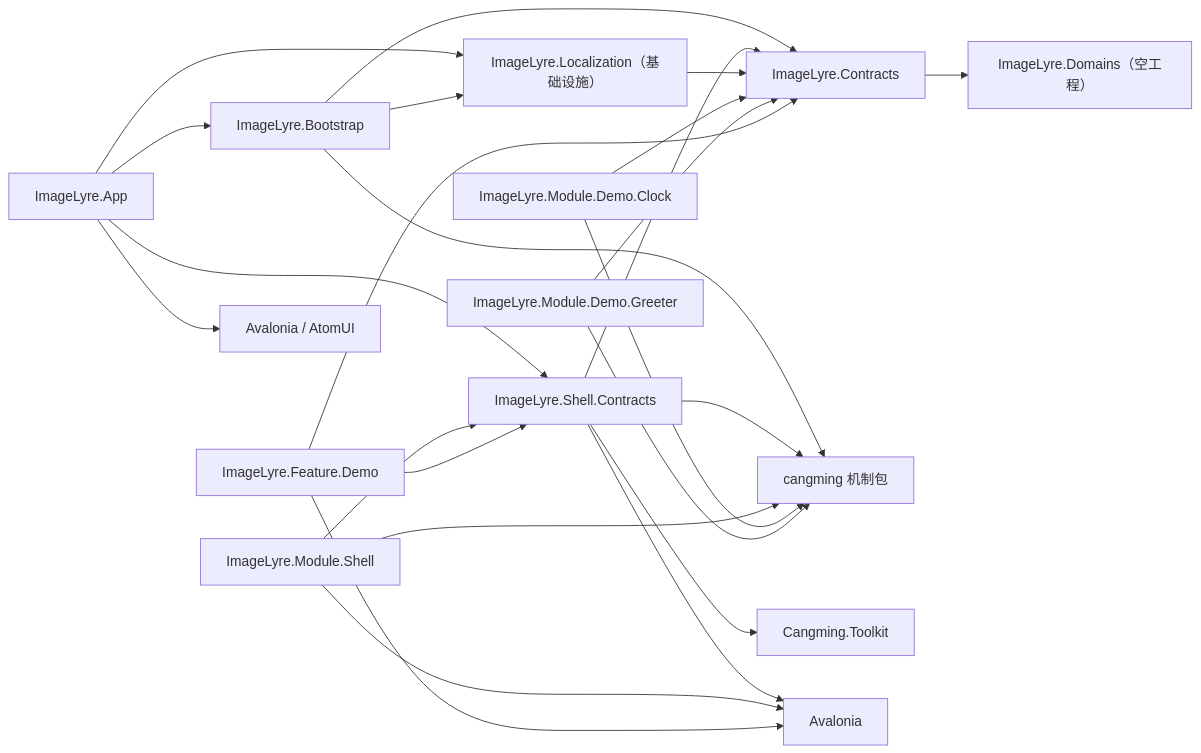
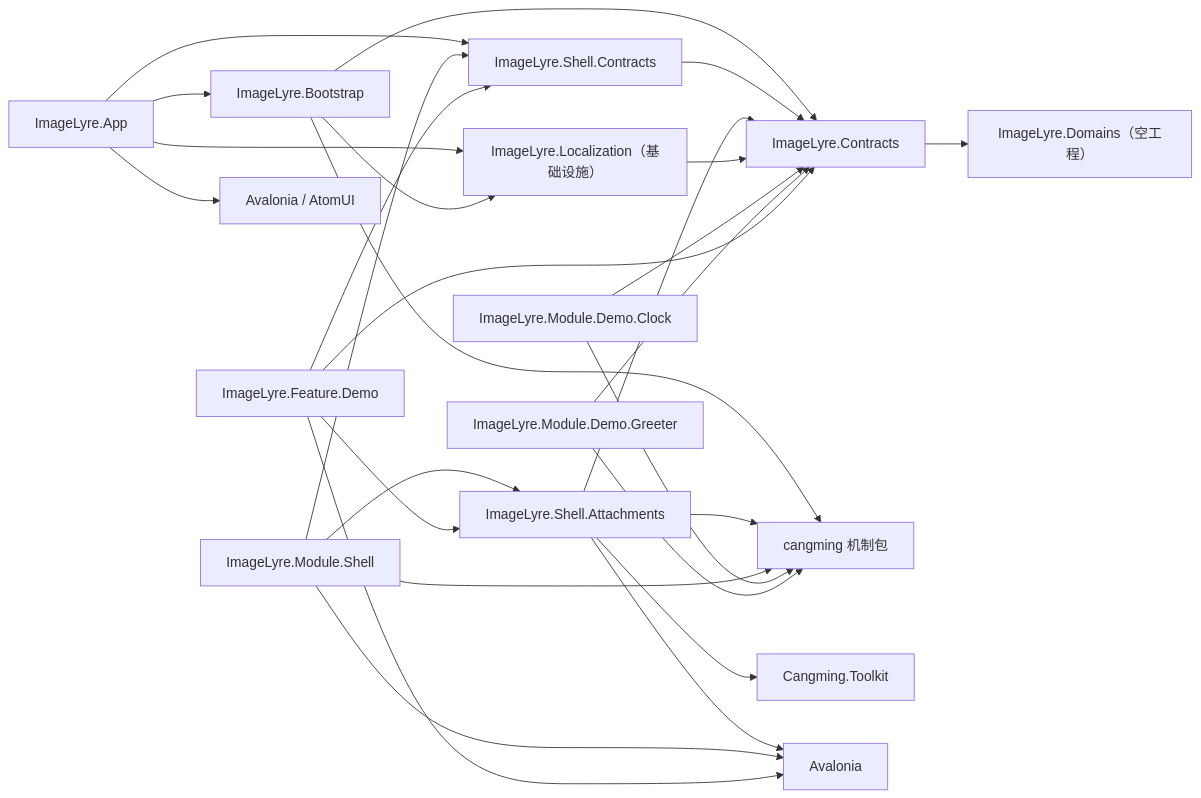
The first of 2 diagrams in docs/design/lukan/DESIGN-0001-M1-插件骨架.md (xknife-erian/ImageLyre), drawn with Mermaid before and after one commit. The commit also changed other lines of this file, not shown here.

````diff
--- a/docs/design/lukan/DESIGN-0001-M1-插件骨架.md
+++ b/docs/design/lukan/DESIGN-0001-M1-插件骨架.md
@@ -69,37 +75,41 @@
 ```mermaid
 flowchart LR
     BOOT["ImageLyre.Bootstrap"]
     APP["ImageLyre.App"]
     SC["ImageLyre.Shell.Contracts"]
+    SA["ImageLyre.Shell.Attachments"]
     DC["ImageLyre.Contracts"]
     DN["ImageLyre.Domains（空工程）"]
     MS["ImageLyre.Module.Shell"]
     LOC["ImageLyre.Localization（基础设施）"]
     MC["ImageLyre.Module.Demo.Clock"]
     MG["ImageLyre.Module.Demo.Greeter"]
     FD["ImageLyre.Feature.Demo"]
 
     APP --> BOOT
     APP --> SC
     APP --> AV["Avalonia / AtomUI"]
     BOOT --> CM["cangming 机制包"]
     BOOT --> DC
-    SC --> CM
     SC --> DC
+    SA --> DC
+    SA --> CM
+    SA --> TK["Cangming.Toolkit"]
+    SA --> AVL["Avalonia"]
     DC --> DN
-    SC --> TK["Cangming.Toolkit"]
-    SC --> AVL["Avalonia"]
     MS --> SC
+    MS --> SA
     MS --> CM
     MS --> AVL
     LOC --> DC
     APP --> LOC
     BOOT --> LOC
     MC --> DC
     MC --> CM
     MG --> DC
     MG --> CM
     FD --> SC
+    FD --> SA
     FD --> DC
     FD --> AVL
 ```
````
